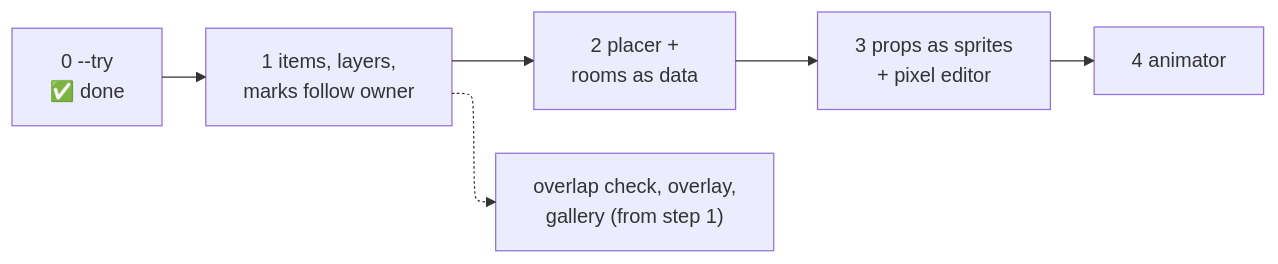
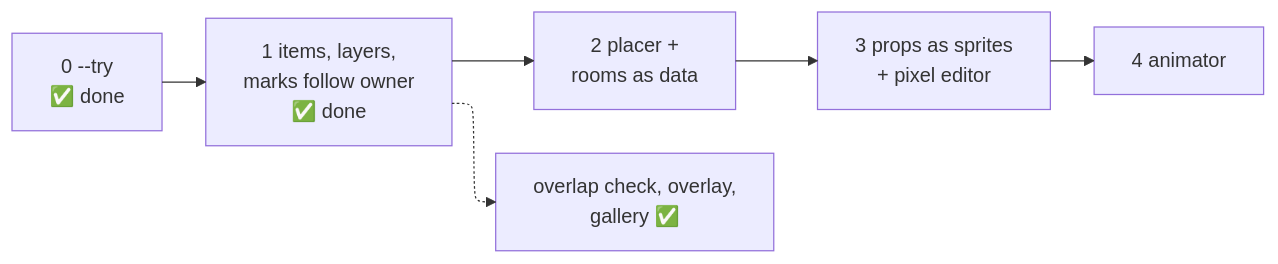
The second of 2 diagrams in Clawd Room Note/Notes/Engine Design.md (zelvet-velvet/clawd-room), drawn with Mermaid before and after one commit. The commit also changed other lines of this file and 18 other files, not shown here.

First line of the commit message:
feat(engine): marks follow their Clawd, the name on top; --check finds overlapping items (snapshot), make gallery, key o for the debug overlay (engine step 1b)

````diff
--- a/Clawd Room Note/Notes/Engine Design.md
+++ b/Clawd Room Note/Notes/Engine Design.md
@@ -88,6 +97,6 @@
 ```mermaid
 %%{init: {"flowchart": {"defaultRenderer": "elk"}}}%%
 flowchart LR
-    S0["0 --try<br/>✅ done"] --> S1["1 items, layers,<br/>marks follow owner"] --> S2["2 placer +<br/>rooms as data"] --> S3["3 props as sprites<br/>+ pixel editor"] --> S4["4 animator"]
-    S1 -.-> T["overlap check, overlay,<br/>gallery (from step 1)"]
+    S0["0 --try<br/>✅ done"] --> S1["1 items, layers,<br/>marks follow owner<br/>✅ done"] --> S2["2 placer +<br/>rooms as data"] --> S3["3 props as sprites<br/>+ pixel editor"] --> S4["4 animator"]
+    S1 -.-> T["overlap check, overlay,<br/>gallery ✅"]
 ```
````
